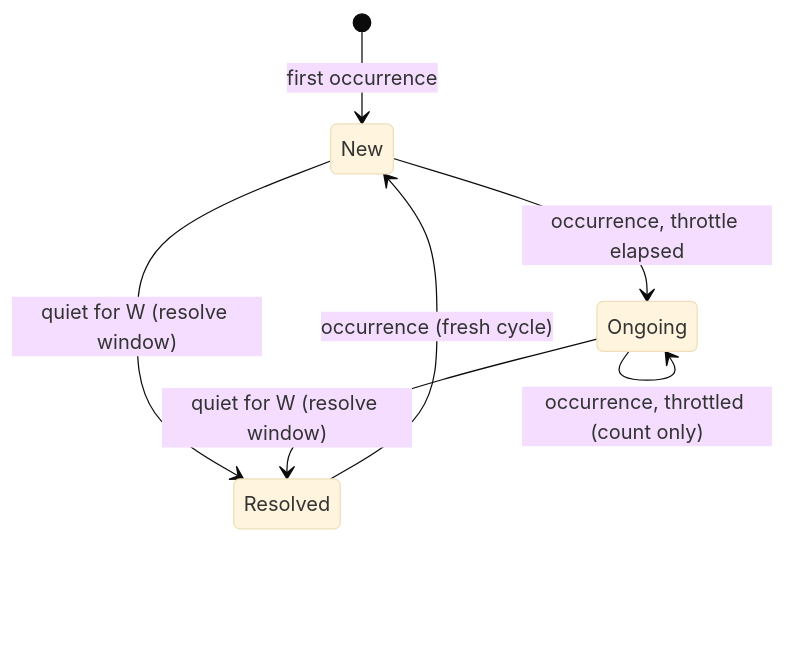
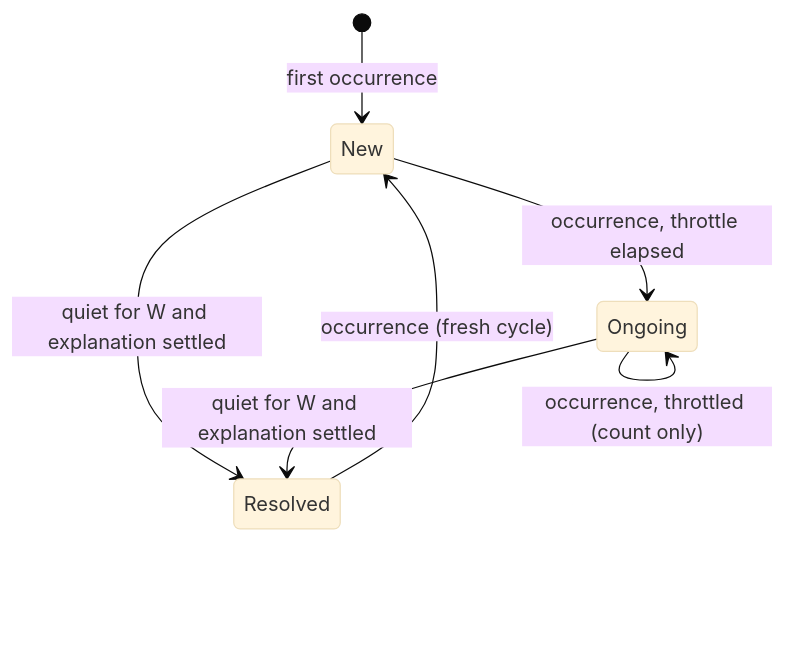
Before and after one commit to shaheeranser/watcher: the diagram in specs/02-production-shape/design.md, drawn with Mermaid (base theme). The commit also changed other lines of this file and 2 other files, not shown here.

First line of the commit message:
docs(spec): record resolve-deferral and model-budget decisions

````diff
--- a/specs/02-production-shape/design.md
+++ b/specs/02-production-shape/design.md
@@ -91,9 +91,9 @@
 ```mermaid
 stateDiagram-v2
     [*] --> New: first occurrence
     New --> Ongoing: occurrence, throttle elapsed
     Ongoing --> Ongoing: occurrence, throttled (count only)
-    New --> Resolved: quiet for W (resolve window)
-    Ongoing --> Resolved: quiet for W (resolve window)
+    New --> Resolved: quiet for W and explanation settled
+    Ongoing --> Resolved: quiet for W and explanation settled
     Resolved --> New: occurrence (fresh cycle)
 ```
````
